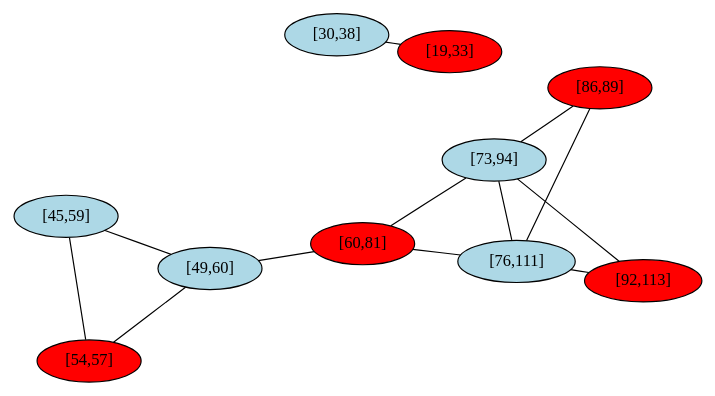
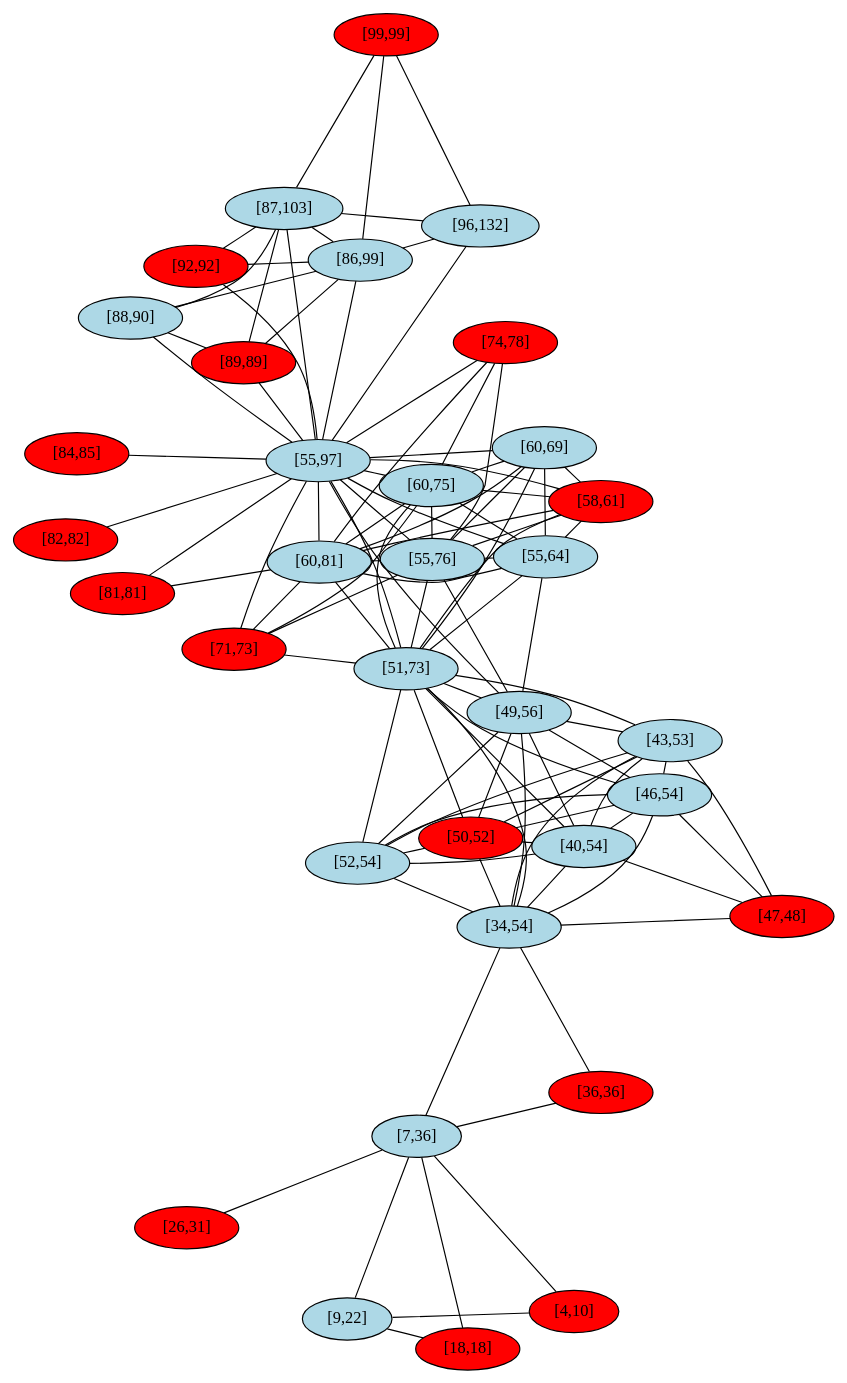
Before and after one commit to atotgerman/DUE_Fscharp: the diagram in intervallumgraf.dot, drawn with Graphviz. The commit also changed 2 other files, not shown here.

```diff
--- a/intervallumgraf.dot
+++ b/intervallumgraf.dot
@@ -1,27 +1,143 @@
 graph G {
   layout=neato;
   overlap=false;
   splines=true;
-  1 [label="[49,60]", style=filled, fillcolor=lightblue];
-  2 [label="[76,111]", style=filled, fillcolor=lightblue];
-  3 [label="[60,81]", style=filled, fillcolor=red];
-  4 [label="[73,94]", style=filled, fillcolor=lightblue];
-  5 [label="[30,38]", style=filled, fillcolor=lightblue];
-  6 [label="[86,89]", style=filled, fillcolor=red];
-  7 [label="[45,59]", style=filled, fillcolor=lightblue];
-  8 [label="[54,57]", style=filled, fillcolor=red];
-  9 [label="[19,33]", style=filled, fillcolor=red];
-  10 [label="[92,113]", style=filled, fillcolor=red];
-  1 -- 3;
-  1 -- 7;
-  1 -- 8;
-  2 -- 3;
-  2 -- 4;
-  2 -- 6;
-  2 -- 10;
-  3 -- 4;
-  4 -- 6;
-  4 -- 10;
-  5 -- 9;
-  7 -- 8;
+  1 [label="[88,90]", style=filled, fillcolor=lightblue];
+  2 [label="[96,132]", style=filled, fillcolor=lightblue];
+  3 [label="[34,54]", style=filled, fillcolor=lightblue];
+  4 [label="[55,64]", style=filled, fillcolor=lightblue];
+  5 [label="[47,48]", style=filled, fillcolor=red];
+  6 [label="[7,36]", style=filled, fillcolor=lightblue];
+  7 [label="[18,18]", style=filled, fillcolor=red];
+  8 [label="[58,61]", style=filled, fillcolor=red];
+  9 [label="[82,82]", style=filled, fillcolor=red];
+  10 [label="[52,54]", style=filled, fillcolor=lightblue];
+  11 [label="[71,73]", style=filled, fillcolor=red];
+  12 [label="[84,85]", style=filled, fillcolor=red];
+  13 [label="[55,76]", style=filled, fillcolor=lightblue];
+  14 [label="[60,69]", style=filled, fillcolor=lightblue];
+  15 [label="[9,22]", style=filled, fillcolor=lightblue];
+  16 [label="[4,10]", style=filled, fillcolor=red];
+  17 [label="[40,54]", style=filled, fillcolor=lightblue];
+  18 [label="[49,56]", style=filled, fillcolor=lightblue];
+  19 [label="[60,81]", style=filled, fillcolor=lightblue];
+  20 [label="[60,75]", style=filled, fillcolor=lightblue];
+  21 [label="[36,36]", style=filled, fillcolor=red];
+  22 [label="[26,31]", style=filled, fillcolor=red];
+  23 [label="[86,99]", style=filled, fillcolor=lightblue];
+  24 [label="[43,53]", style=filled, fillcolor=lightblue];
+  25 [label="[74,78]", style=filled, fillcolor=red];
+  26 [label="[81,81]", style=filled, fillcolor=red];
+  27 [label="[46,54]", style=filled, fillcolor=lightblue];
+  28 [label="[99,99]", style=filled, fillcolor=red];
+  29 [label="[89,89]", style=filled, fillcolor=red];
+  30 [label="[50,52]", style=filled, fillcolor=red];
+  31 [label="[55,97]", style=filled, fillcolor=lightblue];
+  32 [label="[87,103]", style=filled, fillcolor=lightblue];
+  33 [label="[51,73]", style=filled, fillcolor=lightblue];
+  34 [label="[92,92]", style=filled, fillcolor=red];
+  1 -- 23;
+  1 -- 29;
+  1 -- 31;
+  1 -- 32;
+  2 -- 23;
+  2 -- 28;
+  2 -- 31;
+  2 -- 32;
+  3 -- 5;
+  3 -- 6;
+  3 -- 10;
+  3 -- 17;
+  3 -- 18;
+  3 -- 21;
+  3 -- 24;
+  3 -- 27;
+  3 -- 30;
+  3 -- 33;
+  4 -- 8;
+  4 -- 13;
+  4 -- 14;
+  4 -- 18;
+  4 -- 19;
+  4 -- 20;
+  4 -- 31;
+  4 -- 33;
+  5 -- 17;
+  5 -- 24;
+  5 -- 27;
+  6 -- 7;
+  6 -- 15;
+  6 -- 16;
+  6 -- 21;
+  6 -- 22;
+  7 -- 15;
+  8 -- 13;
+  8 -- 14;
+  8 -- 19;
+  8 -- 20;
+  8 -- 31;
+  8 -- 33;
+  9 -- 31;
+  10 -- 17;
+  10 -- 18;
+  10 -- 24;
+  10 -- 27;
+  10 -- 30;
+  10 -- 33;
+  11 -- 13;
+  11 -- 19;
+  11 -- 20;
+  11 -- 31;
+  11 -- 33;
+  12 -- 31;
+  13 -- 14;
+  13 -- 18;
+  13 -- 19;
+  13 -- 20;
+  13 -- 25;
+  13 -- 31;
+  13 -- 33;
+  14 -- 19;
+  14 -- 20;
+  14 -- 31;
+  14 -- 33;
+  15 -- 16;
+  17 -- 18;
+  17 -- 24;
+  17 -- 27;
+  17 -- 30;
+  17 -- 33;
+  18 -- 24;
+  18 -- 27;
+  18 -- 30;
+  18 -- 31;
+  18 -- 33;
+  19 -- 20;
+  19 -- 25;
+  19 -- 26;
+  19 -- 31;
+  19 -- 33;
+  20 -- 25;
+  20 -- 31;
+  20 -- 33;
+  23 -- 28;
+  23 -- 29;
+  23 -- 31;
+  23 -- 32;
+  23 -- 34;
+  24 -- 27;
+  24 -- 30;
+  24 -- 33;
+  25 -- 31;
+  26 -- 31;
+  27 -- 30;
+  27 -- 33;
+  28 -- 32;
+  29 -- 31;
+  29 -- 32;
+  30 -- 33;
+  31 -- 32;
+  31 -- 33;
+  31 -- 34;
+  32 -- 34;
 }
```
